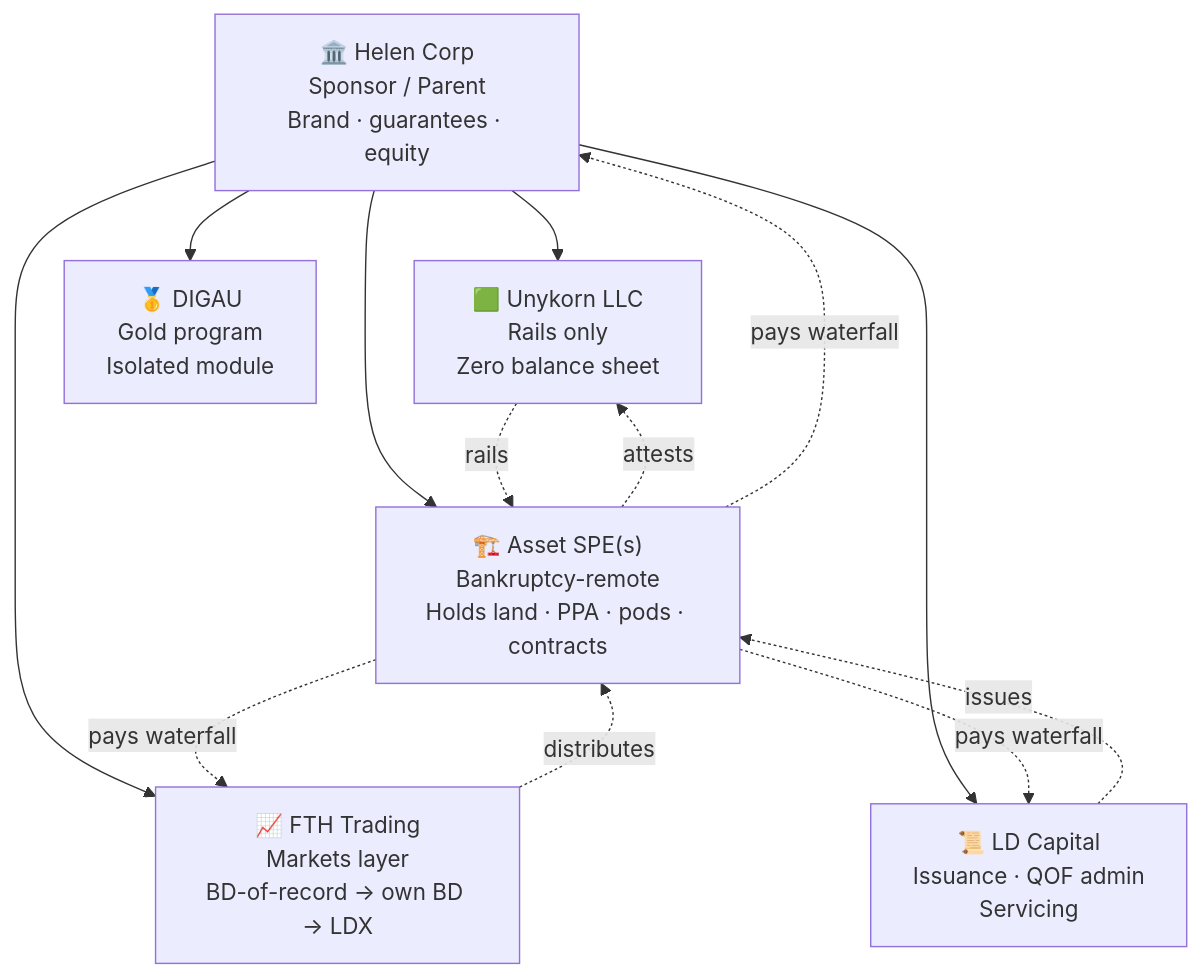
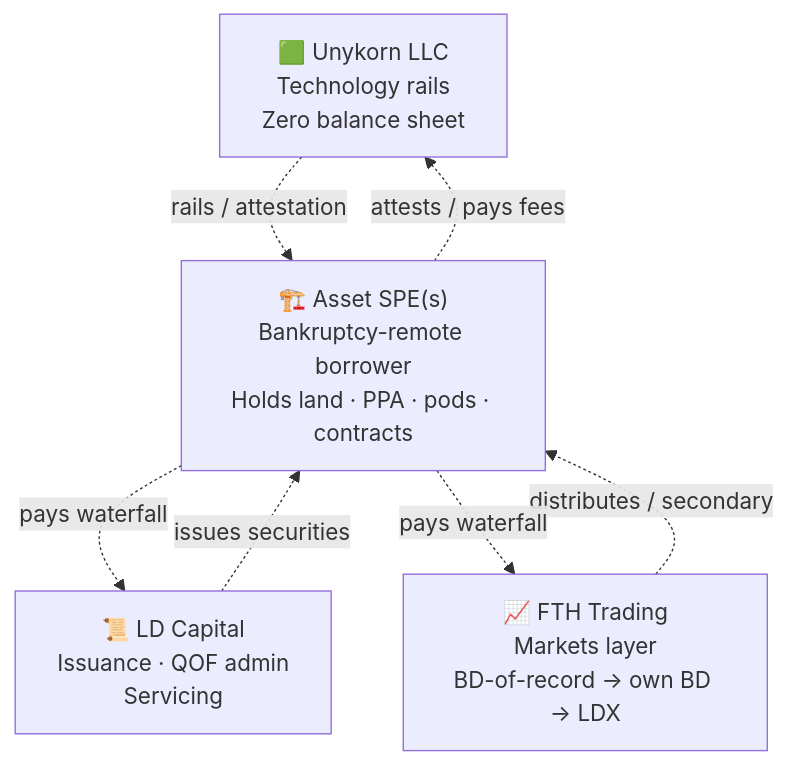
One commit to FTHTrading/GA-RWA-EDGE changed the diagram in docs/01-architecture/README.md. Above: the diagram before and after it, drawn with Mermaid. The commit also changed other lines of this file and 12 other files, not shown here.

````diff
--- a/docs/01-architecture/README.md
+++ b/docs/01-architecture/README.md
@@ -7,23 +7,14 @@
 ```mermaid
 flowchart TB
-    HC["🏛️ Helen Corp<br/>Sponsor / Parent<br/>Brand · guarantees · equity"]
-    U["🟩 Unykorn LLC<br/>Rails only<br/>Zero balance sheet"]
+    U["🟩 Unykorn LLC<br/>Technology rails<br/>Zero balance sheet"]
     LD["📜 LD Capital<br/>Issuance · QOF admin<br/>Servicing"]
     FTH["📈 FTH Trading<br/>Markets layer<br/>BD-of-record → own BD → LDX"]
-    SPE["🏗️ Asset SPE(s)<br/>Bankruptcy-remote<br/>Holds land · PPA · pods · contracts"]
-    DIG["🥇 DIGAU<br/>Gold program<br/>Isolated module"]
+    SPE["🏗️ Asset SPE(s)<br/>Bankruptcy-remote borrower<br/>Holds land · PPA · pods · contracts"]
 
-    HC --> U
-    HC --> LD
-    HC --> FTH
-    HC --> SPE
-    HC --> DIG
-
-    U -.rails.-> SPE
-    LD -.issues.-> SPE
-    FTH -.distributes.-> SPE
-    SPE -.attests.-> U
+    U -.rails / attestation.-> SPE
+    LD -.issues securities.-> SPE
+    FTH -.distributes / secondary.-> SPE
+    SPE -.attests / pays fees.-> U
+    SPE -.pays waterfall.-> LD
     SPE -.pays waterfall.-> FTH
-    SPE -.pays waterfall.-> LD
-    SPE -.pays waterfall.-> HC
 ```
````
